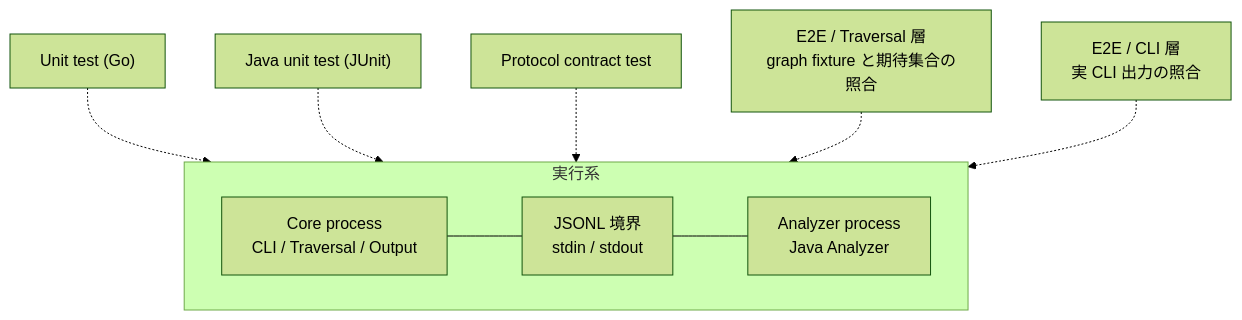
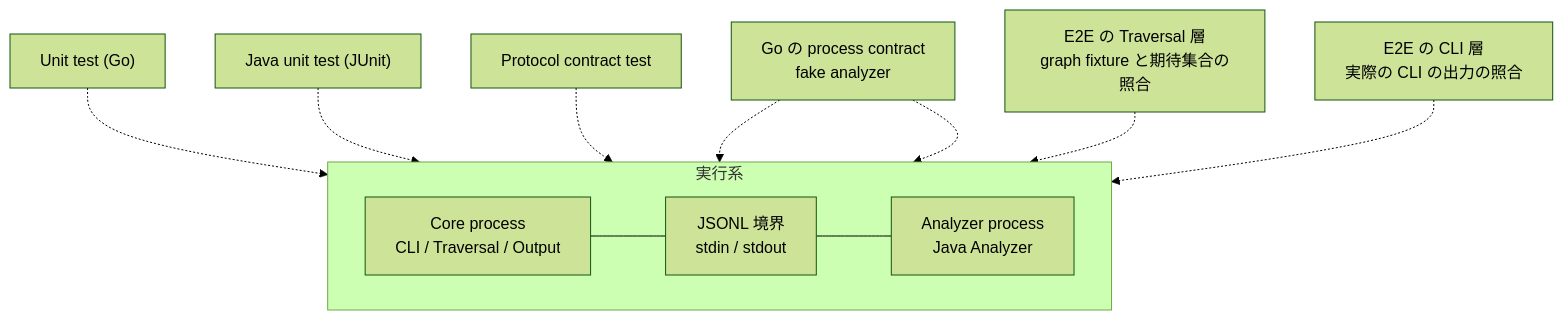
Before and after one commit to Fukuemon/depwalk: the third of 3 diagrams in design/DesignDoc.md, drawn with Mermaid (forest theme). The commit also changed other lines of this file and 21 other files, not shown here.

````diff
--- a/design/DesignDoc.md
+++ b/design/DesignDoc.md
@@ -183,16 +184,18 @@
 ```mermaid
 flowchart TB
     subgraph runtime["実行系"]
         direction LR
         core["Core process<br/>CLI / Traversal / Output"]
         wire["JSONL 境界<br/>stdin / stdout"]
         analyzer["Analyzer process<br/>Java Analyzer"]
         core --- wire --- analyzer
     end
 
     unit["Unit test (Go)"] -.-> core
     junit["Java unit test (JUnit)"] -.-> analyzer
     contract["Protocol contract test"] -.-> wire
-    trav["E2E / Traversal 層<br/>graph fixture と期待集合の照合"] -.-> core
-    cli["E2E / CLI 層<br/>実 CLI 出力の照合"] -.-> runtime
+    pcontract["Go の process contract<br/>fake analyzer"] -.-> core
+    pcontract -.-> wire
+    trav["E2E の Traversal 層<br/>graph fixture と期待集合の照合"] -.-> core
+    cli["E2E の CLI 層<br/>実際の CLI の出力の照合"] -.-> runtime
 ```
````
